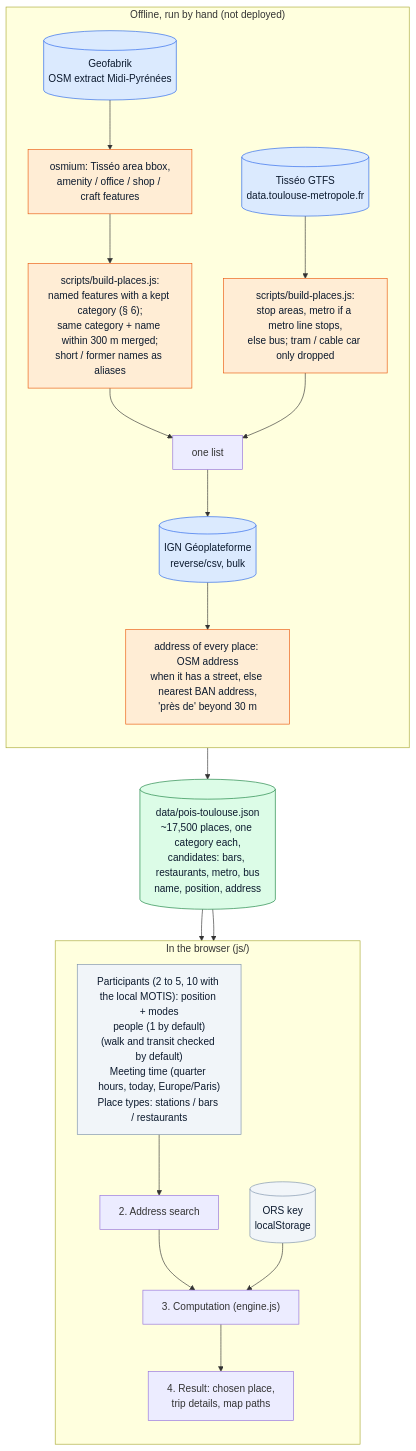
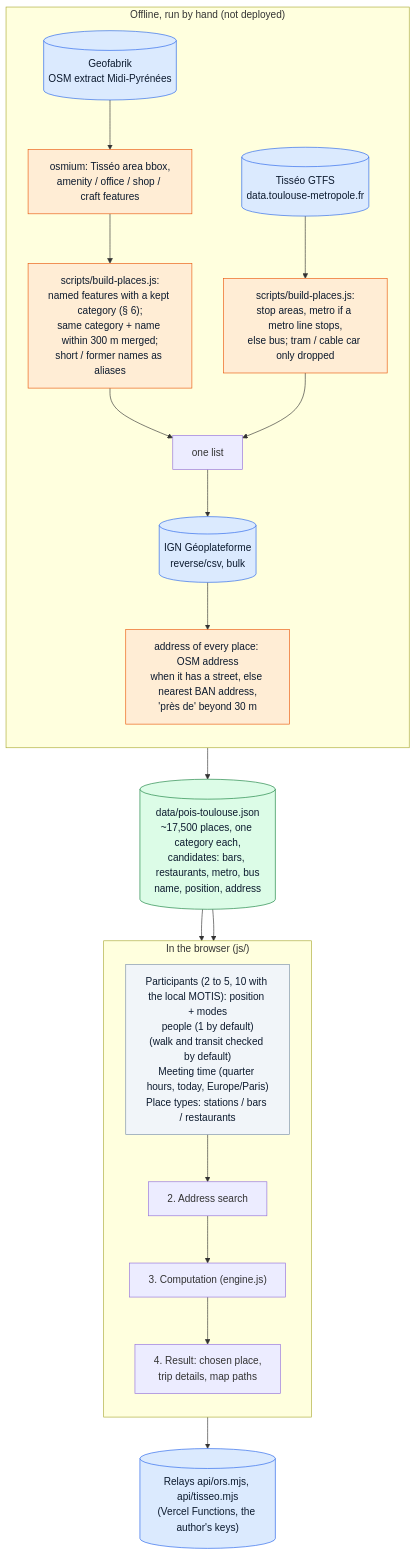
The first of 4 diagrams in docs/pipeline.md (NicolasGresset/rendez-vous), drawn with Mermaid before and after one commit. The commit also changed other lines of this file and 23 other files, not shown here.

First line of the commit message:
Trial until Sunday: no key to enter, Tisséo by default, the site's keys in relays

````diff
--- a/docs/pipeline.md
+++ b/docs/pipeline.md
@@ -52,39 +53,39 @@
 ```mermaid
 flowchart TB
     classDef api fill:#DBEAFE,stroke:#2563EB,color:#0C1A2E
     classDef local fill:#DCFCE7,stroke:#15803D,color:#0C1A2E
     classDef algo fill:#FFEDD5,stroke:#EA580C,color:#0C1A2E
     classDef user fill:#F1F5F9,stroke:#7A90AA,color:#0C1A2E
 
     subgraph OFFLINE["Offline, run by hand (not deployed)"]
         direction TB
         GEOFABRIK[("Geofabrik<br/>OSM extract Midi-Pyrénées")]:::api
         OSMIUM["osmium: Tisséo area bbox,<br/>amenity / office / shop / craft features"]:::algo
         OSMPLACES["scripts/build-places.js:<br/>named features with a kept category (§ 6);<br/>same category + name within 300 m merged;<br/>short / former names as aliases"]:::algo
         GTFS[("Tisséo GTFS<br/>data.toulouse-metropole.fr")]:::api
         STOPS["scripts/build-places.js:<br/>stop areas, metro if a metro line stops,<br/>else bus; tram / cable car only dropped"]:::algo
         REVCSV[("IGN Géoplateforme<br/>reverse/csv, bulk")]:::api
         ADDR["address of every place: OSM address<br/>when it has a street, else nearest BAN address,<br/>'près de' beyond 30 m"]:::algo
         GEOFABRIK --> OSMIUM --> OSMPLACES
         GTFS --> STOPS
         OSMPLACES --> MERGE["one list"]
         STOPS --> MERGE
         MERGE --> REVCSV --> ADDR
     end
 
     ADDR --> DATA[("data/pois-toulouse.json<br/>~17,500 places, one category each,<br/>candidates: bars, restaurants, metro, bus<br/>name, position, address")]:::local
 
     subgraph BROWSER["In the browser (js/)"]
         direction TB
-        KEY[("ORS key<br/>localStorage")]:::user
         INPUT["Participants (2 to 5, 10 with the local MOTIS): position + modes<br/>people (1 by default)<br/>(walk and transit checked by default)<br/>Meeting time (quarter hours, today, Europe/Paris)<br/>Place types: stations / bars / restaurants"]:::user
         SEARCH["2. Address search"]
         ENGINE["3. Computation (engine.js)"]
         RESULT["4. Result: chosen place,<br/>trip details, map paths"]
         INPUT --> SEARCH --> ENGINE --> RESULT
-        KEY --> ENGINE
     end
 
+    KEY[("Relays api/ors.mjs, api/tisseo.mjs<br/>(Vercel Functions, the author's keys)")]:::api
+    ENGINE --> KEY
     DATA --> SEARCH
     DATA --> ENGINE
 ```
````
